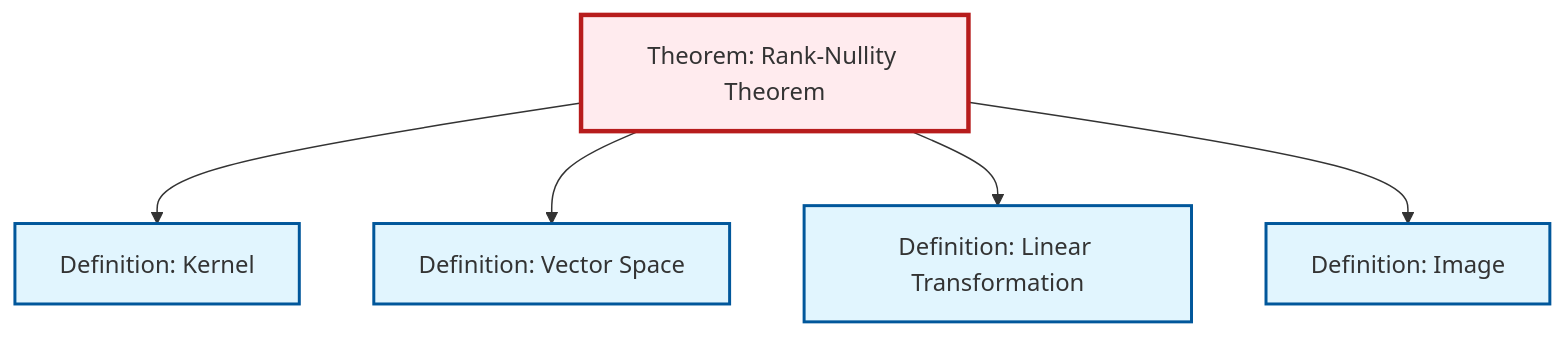
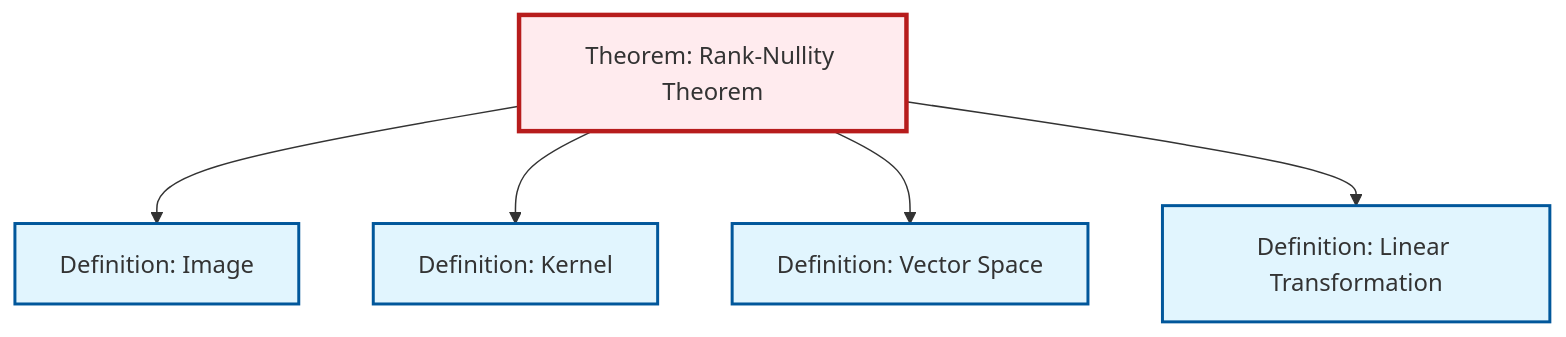
Before and after one commit to RK0429/ModernMath: the diagram in content/ja/algebra/thm-rank-nullity.qmd, drawn with Mermaid. The commit also changed other lines of this file and 531 other files, not shown here.

````diff
--- a/content/ja/algebra/thm-rank-nullity.qmd
+++ b/content/ja/algebra/thm-rank-nullity.qmd
@@ -56,23 +56,23 @@
 ```{mermaid}
 %%| fig-cap: "Local dependency graph"
 graph TD
     classDef definition fill:#e1f5fe,stroke:#01579b,stroke-width:2px
     classDef theorem fill:#f3e5f5,stroke:#4a148c,stroke-width:2px
     classDef axiom fill:#fff3e0,stroke:#e65100,stroke-width:2px
     classDef example fill:#e8f5e9,stroke:#1b5e20,stroke-width:2px
     classDef current fill:#ffebee,stroke:#b71c1c,stroke-width:3px
+    def-image["Definition: Image"]:::definition
+    thm-rank-nullity["Theorem: Rank-Nullity Theorem"]:::theorem
+    def-linear-transformation["Definition: Linear Transformation"]:::definition
+    def-vector-space["Definition: Vector Space"]:::definition
     def-kernel["Definition: Kernel"]:::definition
-    thm-rank-nullity["Theorem: Rank-Nullity Theorem"]:::theorem
-    def-vector-space["Definition: Vector Space"]:::definition
-    def-image["Definition: Image"]:::definition
-    def-linear-transformation["Definition: Linear Transformation"]:::definition
+    thm-rank-nullity --> def-image
     thm-rank-nullity --> def-kernel
     thm-rank-nullity --> def-vector-space
     thm-rank-nullity --> def-linear-transformation
-    thm-rank-nullity --> def-image
     class thm-rank-nullity current
-    click def-kernel "def-kernel.html" "Definition: Kernelへ"
-    click def-vector-space "def-vector-space.html" "Definition: Vector Spaceへ"
     click def-image "def-image.html" "Definition: Imageへ"
     click def-linear-transformation "def-linear-transformation.html" "Definition: Linear Transformationへ"
+    click def-vector-space "def-vector-space.html" "Definition: Vector Spaceへ"
+    click def-kernel "def-kernel.html" "Definition: Kernelへ"
 ```
````
